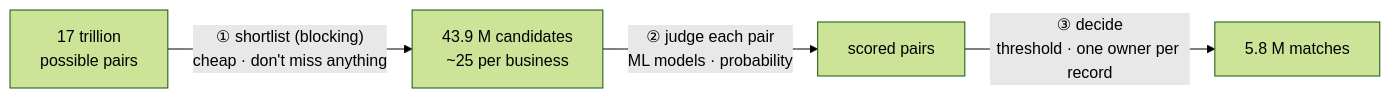
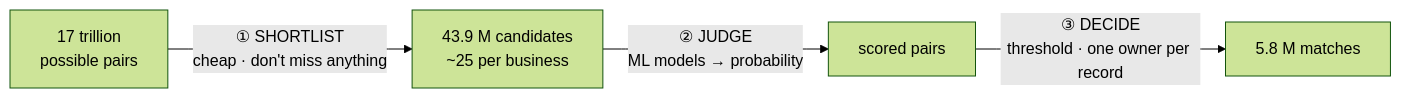
Before and after one commit to gitswagata1/amazon-ml-challenge-2026-clover: the first of 3 diagrams in README.md, drawn with Mermaid (forest theme). The commit also changed other lines of this file and 5 other files, not shown here.

````diff
--- a/README.md
+++ b/README.md
@@ -72,6 +86,6 @@
 ```mermaid
 flowchart LR
-    A["17 trillion<br/>possible pairs"] -->|"① shortlist (blocking)<br/>cheap · don't miss anything"| B["43.9 M candidates<br/>~25 per business"]
-    B -->|"② judge each pair<br/>ML models · probability"| C["scored pairs"]
-    C -->|"③ decide<br/>threshold · one owner per record"| D["5.8 M matches"]
+    A["17 trillion<br/>possible pairs"] -->|"① SHORTLIST<br/>cheap · don't miss anything"| B["43.9 M candidates<br/>~25 per business"]
+    B -->|"② JUDGE<br/>ML models → probability"| C["scored pairs"]
+    C -->|"③ DECIDE<br/>threshold · one owner per record"| D["5.8 M matches"]
 ```
````
